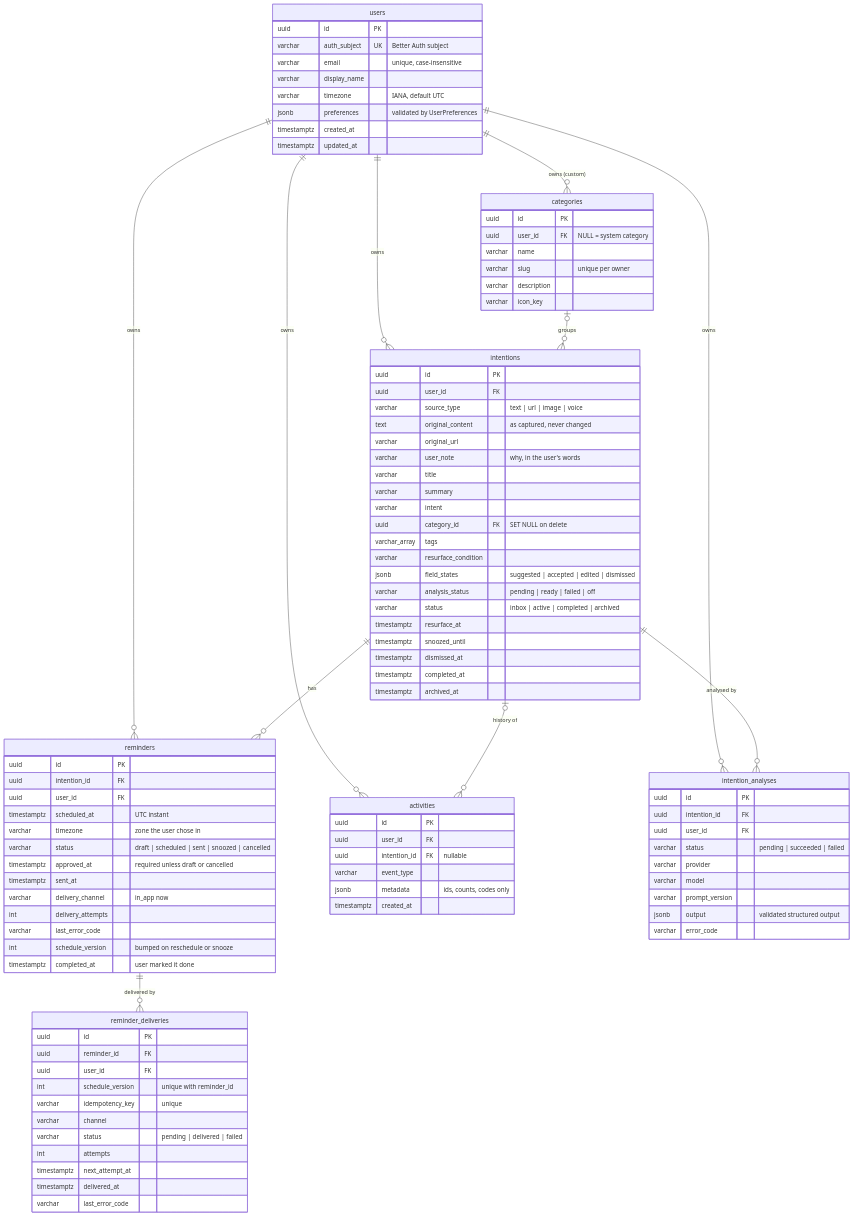
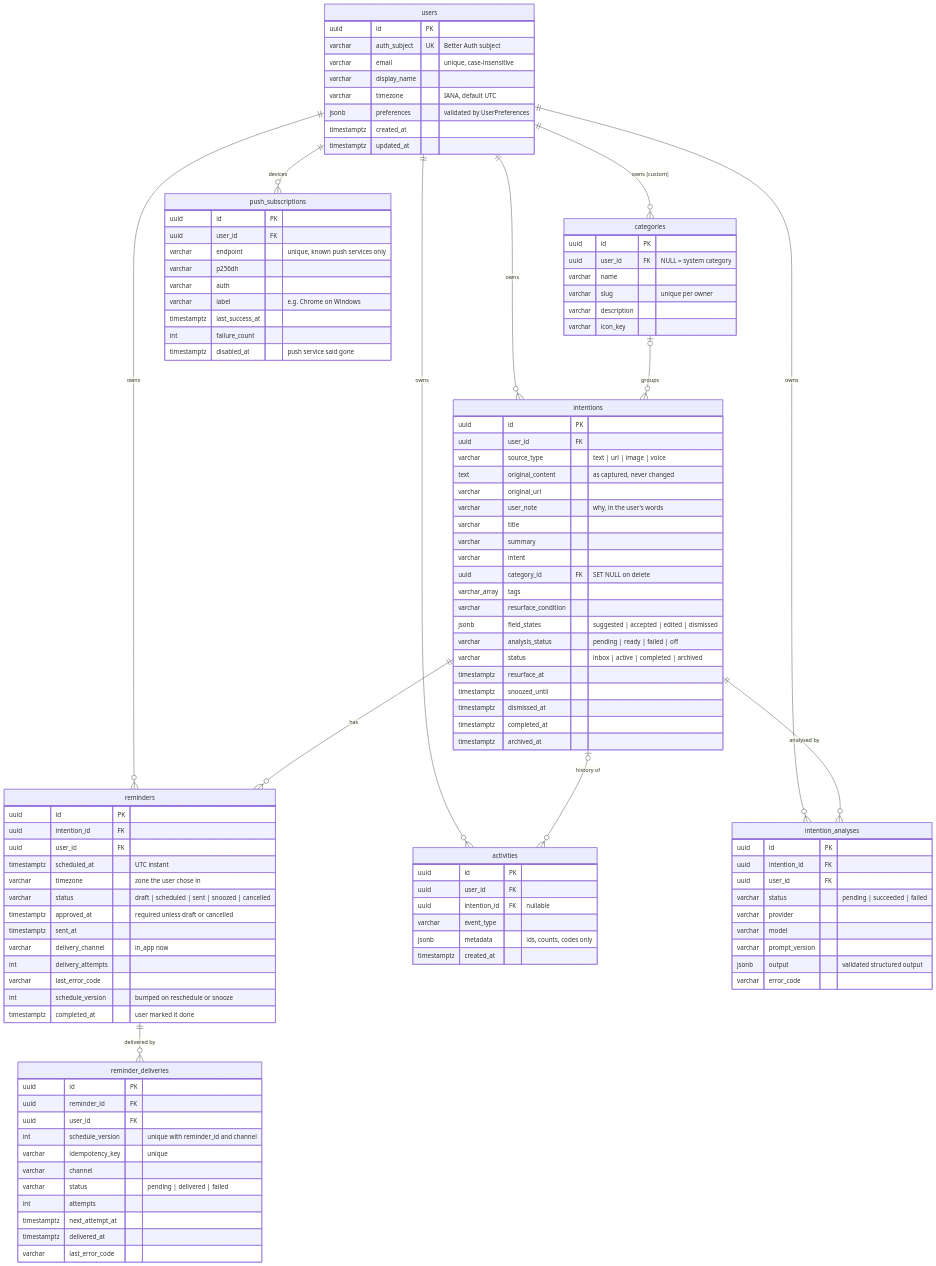
The diagram in docs/DATA_MODEL.md (wasim2402/maybelater-ai), drawn with Mermaid before and after one commit. The commit also changed other lines of this file and 36 other files, not shown here.

```diff
--- a/docs/DATA_MODEL.md
+++ b/docs/DATA_MODEL.md
@@ -14,6 +14,7 @@
     categories |o--o{ intentions : groups
     intentions ||--o{ reminders : has
     reminders ||--o{ reminder_deliveries : "delivered by"
+    users ||--o{ push_subscriptions : "devices"
     intentions ||--o{ intention_analyses : "analysed by"
     intentions |o--o{ activities : "history of"
 
@@ -87,7 +88,7 @@
         uuid id PK
         uuid reminder_id FK
         uuid user_id FK
-        int schedule_version "unique with reminder_id"
+        int schedule_version "unique with reminder_id and channel"
         varchar idempotency_key "unique"
         varchar channel
         varchar status "pending | delivered | failed"
@@ -95,6 +96,17 @@
         timestamptz next_attempt_at
         timestamptz delivered_at
         varchar last_error_code
+    }
+    push_subscriptions {
+        uuid id PK
+        uuid user_id FK
+        varchar endpoint "unique, known push services only"
+        varchar p256dh
+        varchar auth
+        varchar label "e.g. Chrome on Windows"
+        timestamptz last_success_at
+        int failure_count
+        timestamptz disabled_at "push service said gone"
     }
     activities {
         uuid id PK
```
